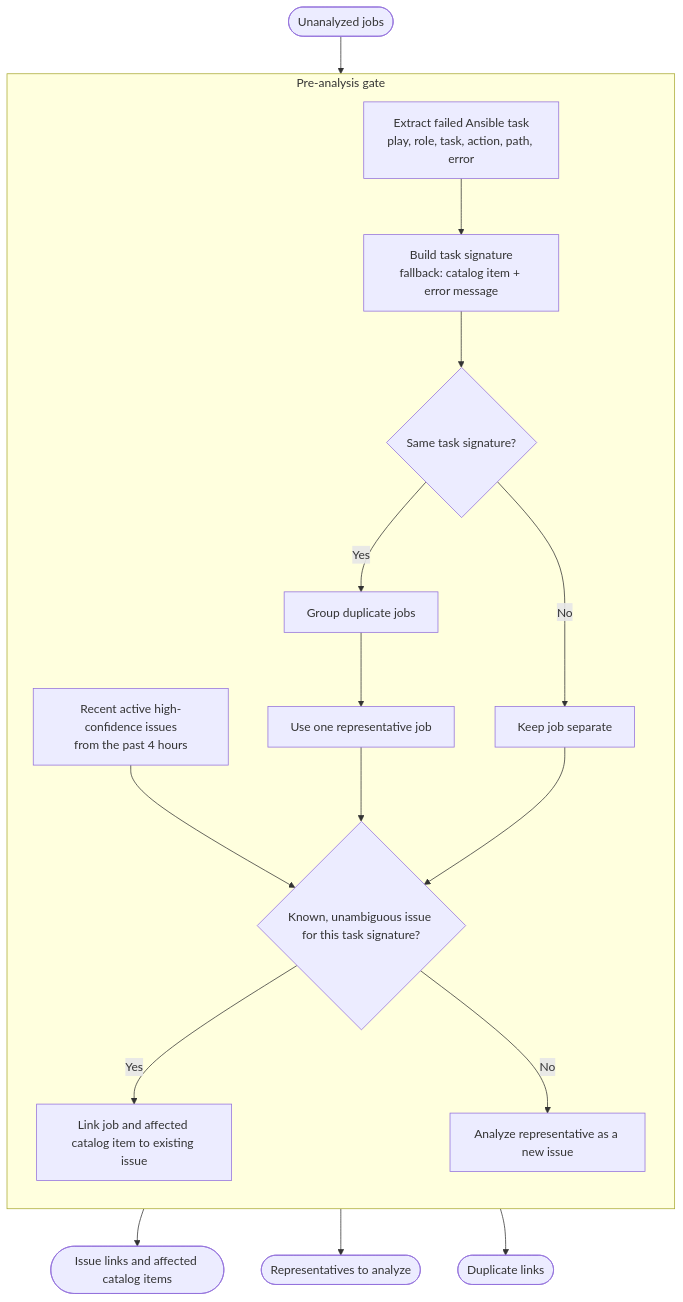
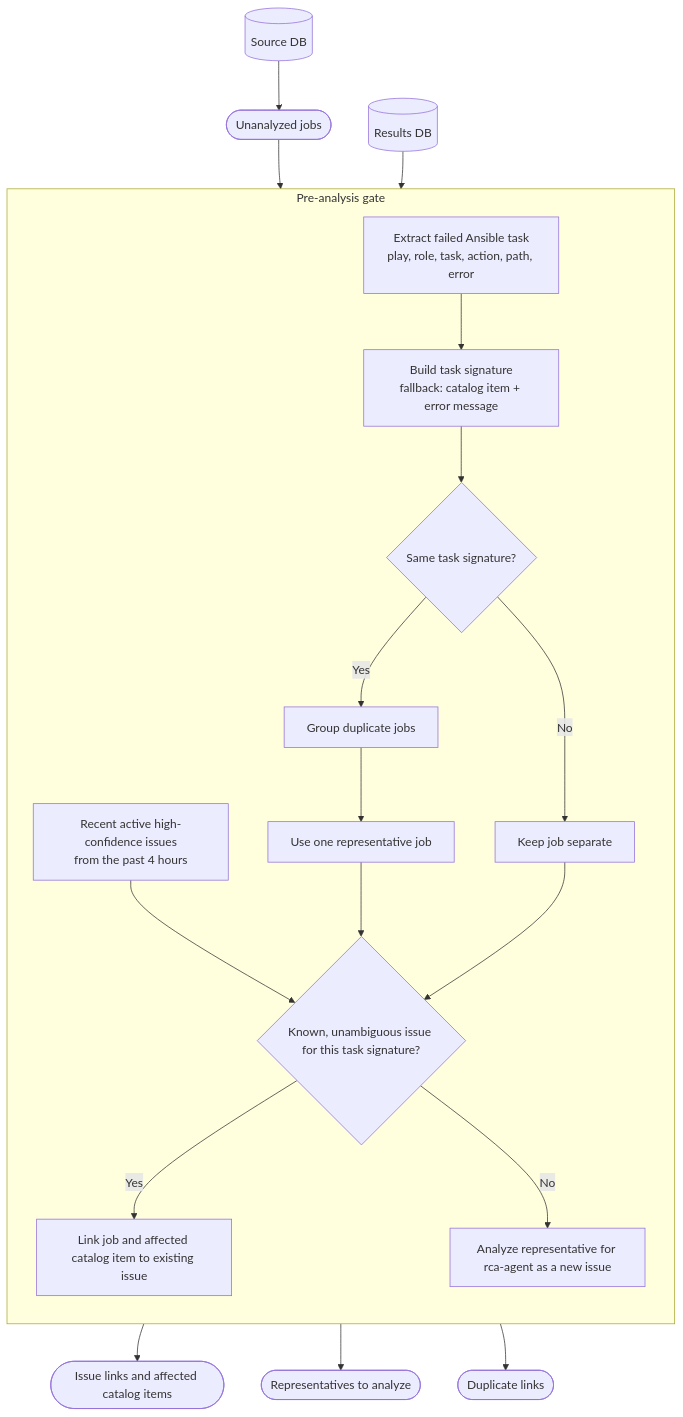
Before and after one commit to jerry-ng2/aap2-rca-agent: the diagram in docs/design/pre-analysis-flow.mmd, drawn with Mermaid.

Commit message:
Docs: added DB to different paths

```diff
--- a/docs/design/pre-analysis-flow.mmd
+++ b/docs/design/pre-analysis-flow.mmd
@@ -1,34 +1,36 @@
 flowchart TD
+    SourceDB[(Source DB)] --> Jobs
     Jobs([Unanalyzed jobs]) --> TaskContext
+    ResultsDB[(Results DB)] --> Recent
 
     subgraph Gate["Pre-analysis gate"]
         direction TB
         Recent["Recent active high-confidence issues
 from the past 4 hours"]
         TaskContext["Extract failed Ansible task
 play, role, task, action, path, error"]
         Signature["Build task signature
 fallback: catalog item + error message"]
         Duplicate{"Same task signature?"}
         Group["Group duplicate jobs"]
         Keep["Keep job separate"]
         Representative["Use one representative job"]
         Known{"Known, unambiguous issue for this task signature?"}
         Link["Link job and affected catalog item to existing issue"]
-        New["Analyze representative as a new issue"]
+        New["Analyze representative for rca-agent as a new issue"]
     end
 
     TaskContext --> Signature
     Recent --> Known
     Signature --> Duplicate
     Duplicate -- Yes --> Group
     Duplicate -- No --> Keep
     Group --> Representative
     Representative --> Known
     Keep --> Known
     Known -- Yes --> Link
     Known -- No --> New
 
     Link --> IssueLinks([Issue links and affected catalog items])
     New --> ToAnalysis([Representatives to analyze])
     Group --> DuplicateLinks([Duplicate links])
```
